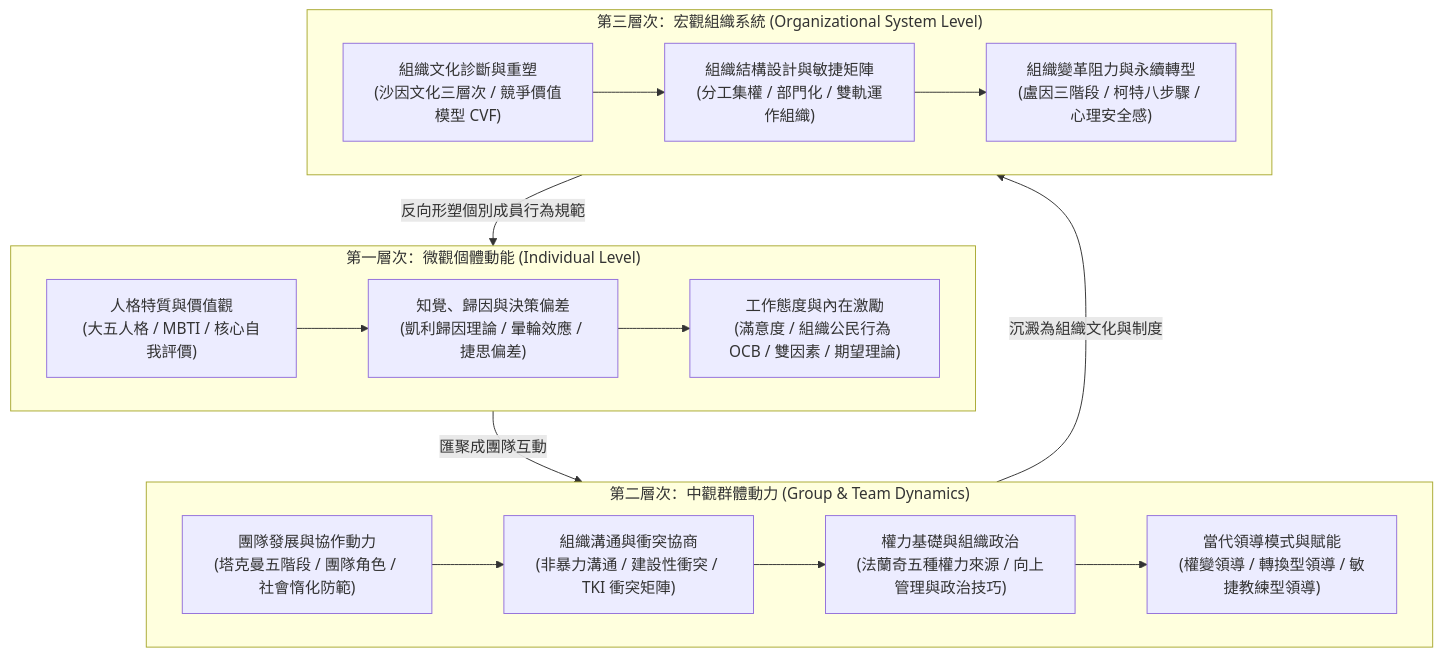
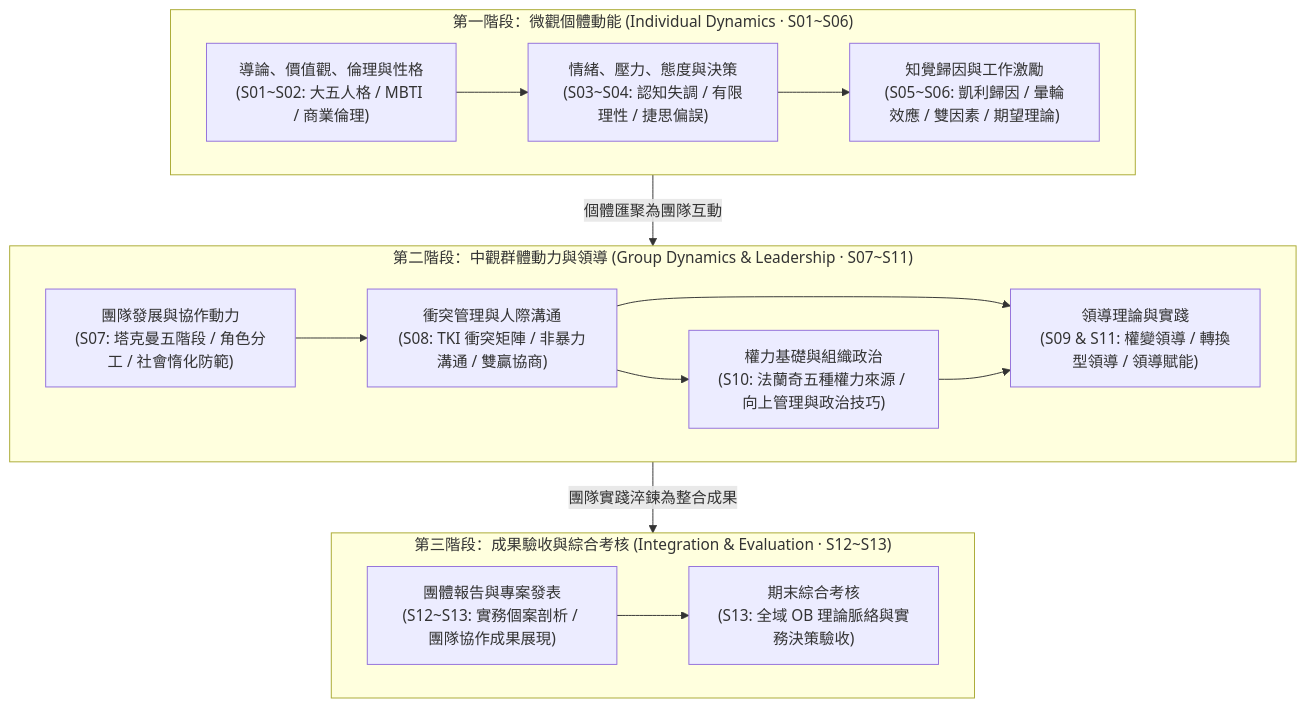
Before and after one commit to Jimlin0428/my-digital-garden: the diagram in src/site/notes/02_核心必修/03_組織行為/_組織行為 MOC.md, drawn with Mermaid. The commit also changed other lines of this file and 99 other files, not shown here.

````diff
--- a/src/site/notes/02_核心必修/03_組織行為/_組織行為 MOC.md
+++ b/src/site/notes/02_核心必修/03_組織行為/_組織行為 MOC.md
@@ -19,28 +19,28 @@
 ```mermaid
 flowchart TD
-    subgraph L1["第一層次：微觀個體動能 (Individual Level)"]
-        I1["人格特質與價值觀<br>(大五人格 / MBTI / 核心自我評價)"]
-        I2["知覺、歸因與決策偏差<br>(凱利歸因理論 / 暈輪效應 / 捷思偏差)"]
-        I3["工作態度與內在激勵<br>(滿意度 / 組織公民行為 OCB / 雙因素 / 期望理論)"]
+    subgraph L1["第一階段：微觀個體動能 (Individual Dynamics · S01~S06)"]
+        I1["導論、價值觀、倫理與性格<br>(S01~S02: 大五人格 / MBTI / 商業倫理)"]
+        I2["情緒、壓力、態度與決策<br>(S03~S04: 認知失調 / 有限理性 / 捷思偏誤)"]
+        I3["知覺歸因與工作激勵<br>(S05~S06: 凱利歸因 / 暈輪效應 / 雙因素 / 期望理論)"]
         I1 --> I2 --> I3
     end
 
-    subgraph L2["第二層次：中觀群體動力 (Group & Team Dynamics)"]
-        G1["團隊發展與協作動力<br>(塔克曼五階段 / 團隊角色 / 社會惰化防範)"]
-        G2["組織溝通與衝突協商<br>(非暴力溝通 / 建設性衝突 / TKI 衝突矩陣)"]
-        G3["權力基礎與組織政治<br>(法蘭奇五種權力來源 / 向上管理與政治技巧)"]
-        G4["當代領導模式與賦能<br>(權變領導 / 轉換型領導 / 敏捷教練型領導)"]
-        G1 --> G2 --> G3 --> G4
+    subgraph L2["第二階段：中觀群體動力與領導 (Group Dynamics & Leadership · S07~S11)"]
+        G1["團隊發展與協作動力<br>(S07: 塔克曼五階段 / 角色分工 / 社會惰化防範)"]
+        G2["衝突管理與人際溝通<br>(S08: TKI 衝突矩陣 / 非暴力溝通 / 雙贏協商)"]
+        G3["領導理論與實踐<br>(S09 & S11: 權變領導 / 轉換型領導 / 領導賦能)"]
+        G4["權力基礎與組織政治<br>(S10: 法蘭奇五種權力來源 / 向上管理與政治技巧)"]
+        G1 --> G2 --> G3
+        G2 --> G4
+        G4 --> G3
     end
 
-    subgraph L3["第三層次：宏觀組織系統 (Organizational System Level)"]
-        O1["組織文化診斷與重塑<br>(沙因文化三層次 / 競爭價值模型 CVF)"]
-        O2["組織結構設計與敏捷矩陣<br>(分工集權 / 部門化 / 雙軌運作組織)"]
-        O3["組織變革阻力與永續轉型<br>(盧因三階段 / 柯特八步驟 / 心理安全感)"]
-        O1 --> O2 --> O3
+    subgraph L3["第三階段：成果驗收與綜合考核 (Integration & Evaluation · S12~S13)"]
+        E1["團體報告與專案發表<br>(S12~S13: 實務個案剖析 / 團隊協作成果展現)"]
+        E2["期末綜合考核<br>(S13: 全域 OB 理論脈絡與實務決策驗收)"]
+        E1 --> E2
     end
 
-    L1 -->|匯聚成團隊互動| L2
-    L2 -->|沉澱為組織文化與制度| L3
-    L3 -->|反向形塑個別成員行為規範| L1
+    L1 -->|個體匯聚為團隊互動| L2
+    L2 -->|團隊實踐淬鍊為整合成果| L3
 ```
````
